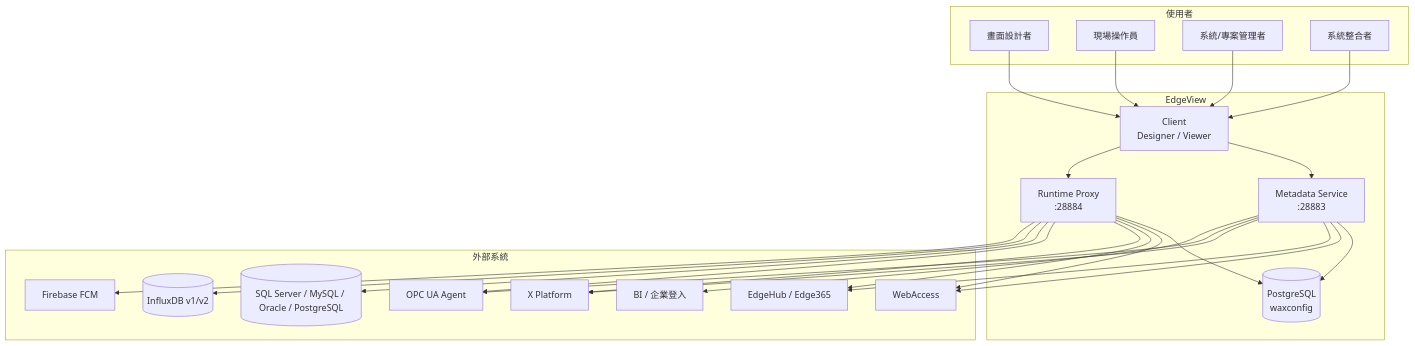
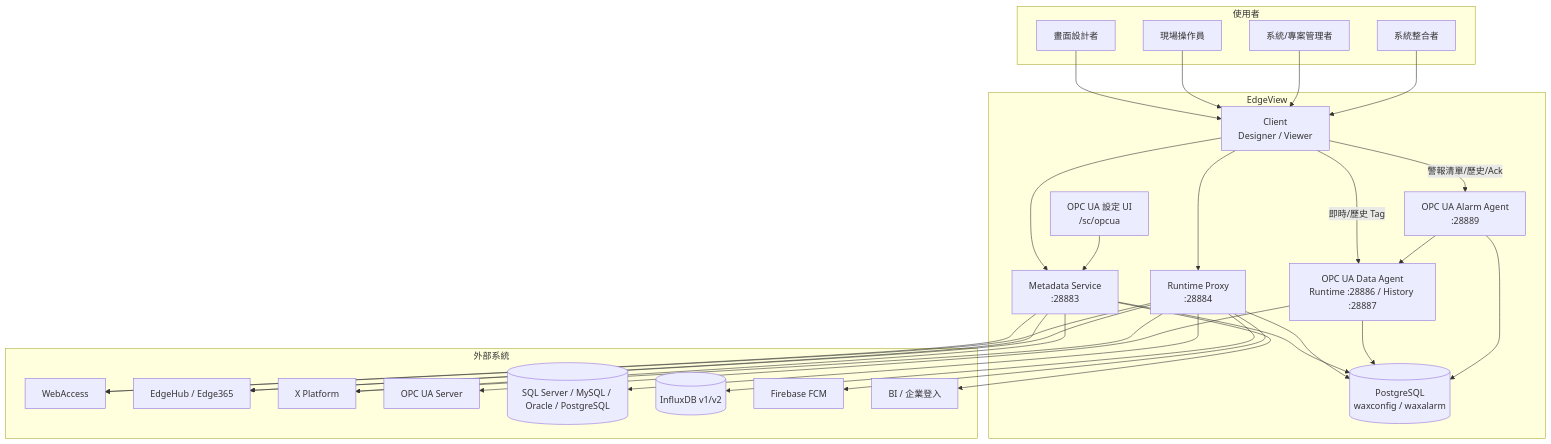
Before and after one commit to PochengChen-del/EdgeViewDoc: the diagram in SRS/02_Overall_Description.md, drawn with Mermaid. The commit also changed other lines of this file and 20 other files, not shown here.

````diff
--- a/SRS/02_Overall_Description.md
+++ b/SRS/02_Overall_Description.md
@@ -7,48 +7,56 @@
 ```mermaid
 flowchart TB
     subgraph Users["使用者"]
         Designer[畫面設計者]
         Operator[現場操作員]
         Admin[系統/專案管理者]
         Integrator[系統整合者]
     end
 
     subgraph EdgeView["EdgeView"]
         Client[Client<br/>Designer / Viewer]
         Meta[Metadata Service<br/>:28883]
         Proxy[Runtime Proxy<br/>:28884]
-        DB[(PostgreSQL<br/>waxconfig)]
+        Agent[OPC UA Data Agent<br/>Runtime :28886 / History :28887]
+        Alarm[OPC UA Alarm Agent<br/>:28889]
+        UI[OPC UA 設定 UI<br/>/sc/opcua]
+        DB[(PostgreSQL<br/>waxconfig / waxalarm)]
         Client --> Meta
         Client --> Proxy
+        Client -->|即時/歷史 Tag| Agent
+        Client -->|警報清單/歷史/Ack| Alarm
+        UI --> Meta
         Meta --> DB
         Proxy --> DB
+        Agent --> DB
+        Alarm --> DB
     end
 
     subgraph External["外部系統"]
         WA[WebAccess]
         EH[EdgeHub / Edge365]
         X[X Platform]
-        OPC[OPC UA Agent]
+        OPC[OPC UA Server]
         SQL[(SQL Server / MySQL / Oracle / PostgreSQL)]
         Influx[(InfluxDB v1/v2)]
         FCM[Firebase FCM]
         IdP[BI / 企業登入]
     end
 
     Designer --> Client
     Operator --> Client
     Admin --> Client
     Integrator --> Client
     Meta --> WA
     Meta --> EH
     Meta --> X
-    Meta --> OPC
     Meta --> IdP
     Proxy --> WA
     Proxy --> EH
     Proxy --> X
-    Proxy --> OPC
     Proxy --> SQL
     Proxy --> Influx
     Proxy --> FCM
+    Agent --> OPC
+    Alarm --> Agent
 ```
````
